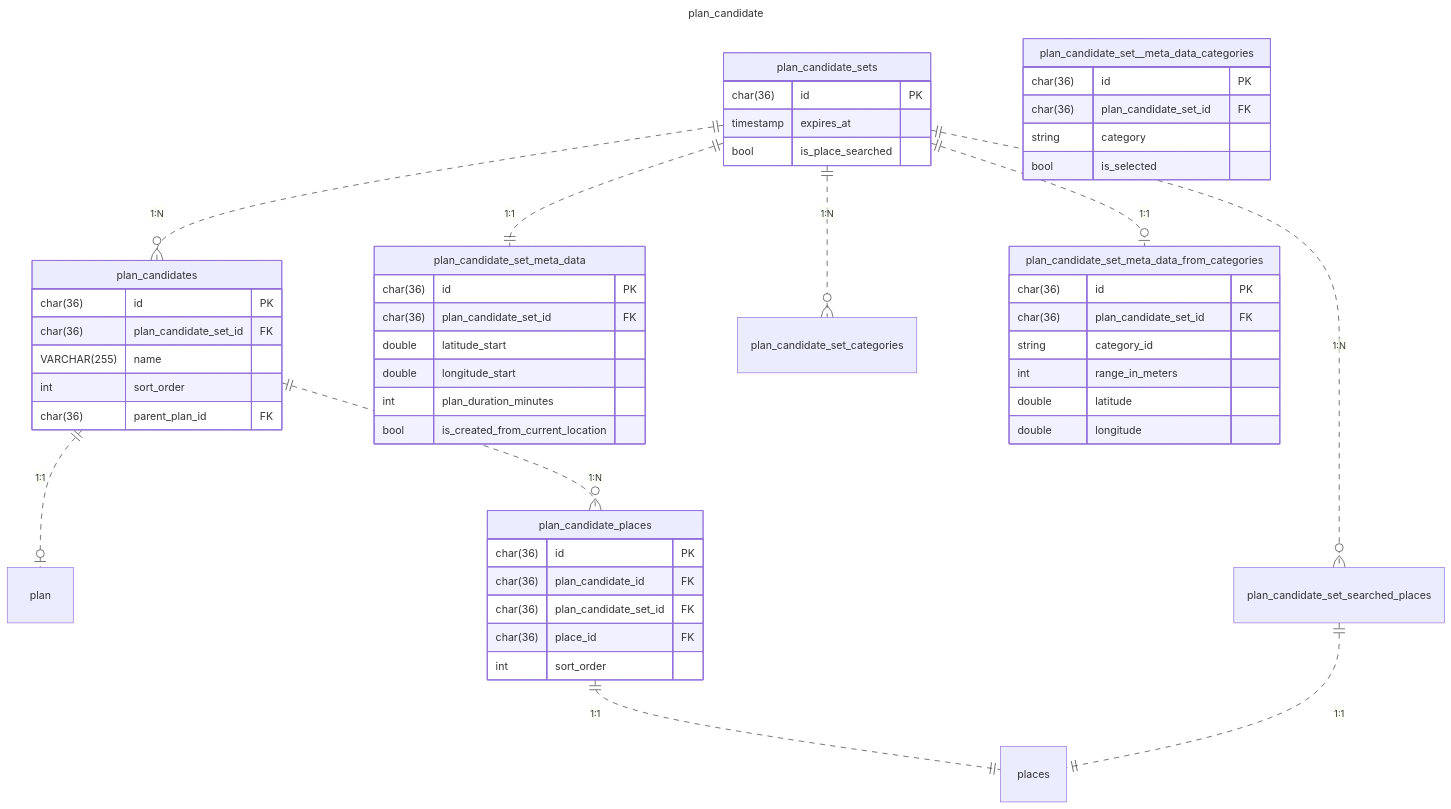
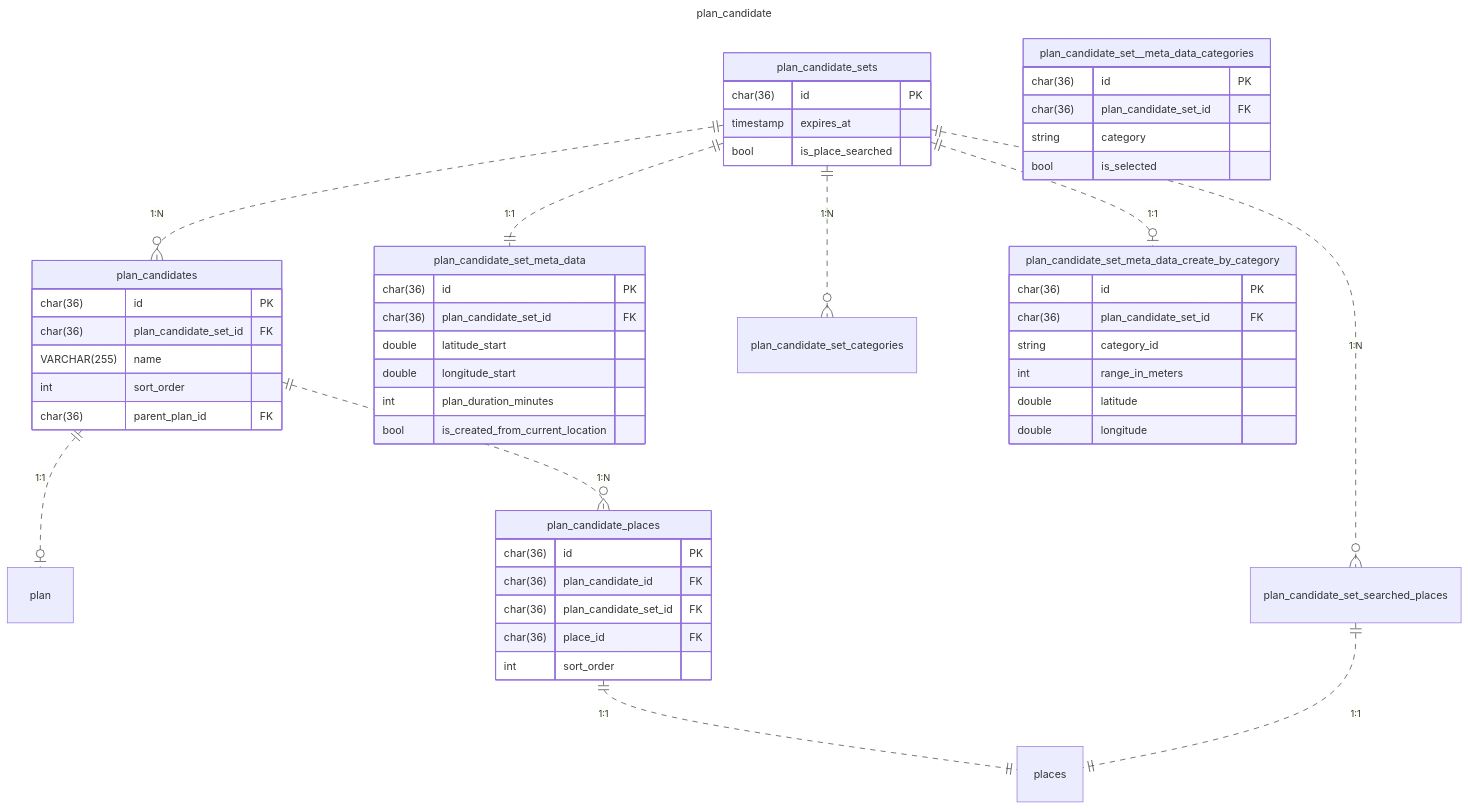
One commit to poroto-app/planner changed the fourth of 8 diagrams in doc/database/er.md. Above: the diagram before and after it, drawn with Mermaid. The commit also changed other lines of this file and 5 other files, not shown here.

````diff
--- a/doc/database/er.md
+++ b/doc/database/er.md
@@ -139,63 +139,63 @@
 ```mermaid
 ---
 title: plan_candidate
 ---
 erDiagram
     plan_candidate_sets {
         char(36) id PK
         timestamp expires_at
         bool is_place_searched
     }
 
     plan_candidate_set_meta_data {
         char(36) id PK
         char(36) plan_candidate_set_id FK
         double latitude_start
         double longitude_start
         int plan_duration_minutes
         bool is_created_from_current_location
     }
 
     plan_candidate_set__meta_data_categories {
         char(36) id PK
         char(36) plan_candidate_set_id FK
         string category
         bool is_selected
     }
 
-    plan_candidate_set_meta_data_from_categories {
+    plan_candidate_set_meta_data_create_by_category {
         char(36) id PK
         char(36) plan_candidate_set_id FK
         string category_id
         int range_in_meters
         double latitude
         double longitude
     }
 
     plan_candidates {
         char(36) id PK
         char(36) plan_candidate_set_id FK
         VARCHAR(255) name
         int sort_order
         %%  もとになったプラン（カスタム元になったプラン等） 
       char(36) parent_plan_id FK
     }
 
     plan_candidate_places {
         char(36) id PK
         char(36) plan_candidate_id FK
         char(36) plan_candidate_set_id FK
         char(36) place_id FK
         int sort_order
     }
 
     plan_candidate_sets ||..o{ plan_candidates: "1:N"
     plan_candidate_sets ||..|| plan_candidate_set_meta_data: "1:1"
     plan_candidate_sets ||..o{ plan_candidate_set_categories: "1:N"
-    plan_candidate_sets ||..o| plan_candidate_set_meta_data_from_categories: "1:1"
+    plan_candidate_sets ||..o| plan_candidate_set_meta_data_create_by_category: "1:1"
     plan_candidate_sets ||..o{ plan_candidate_set_searched_places: "1:N"
     plan_candidates ||..o| plan: "1:1"
     plan_candidates ||..o{ plan_candidate_places: "1:N"
     plan_candidate_places ||..|| places: "1:1"
     plan_candidate_set_searched_places ||..|| places: "1:1"
 ```
````
